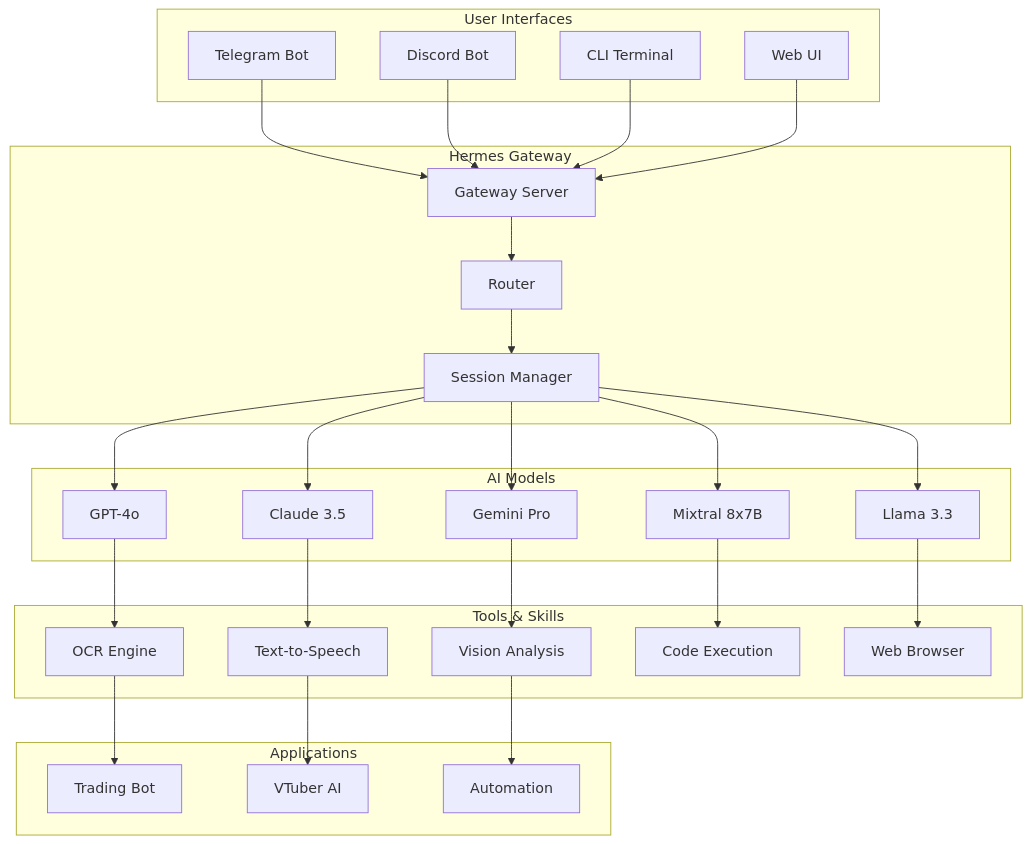
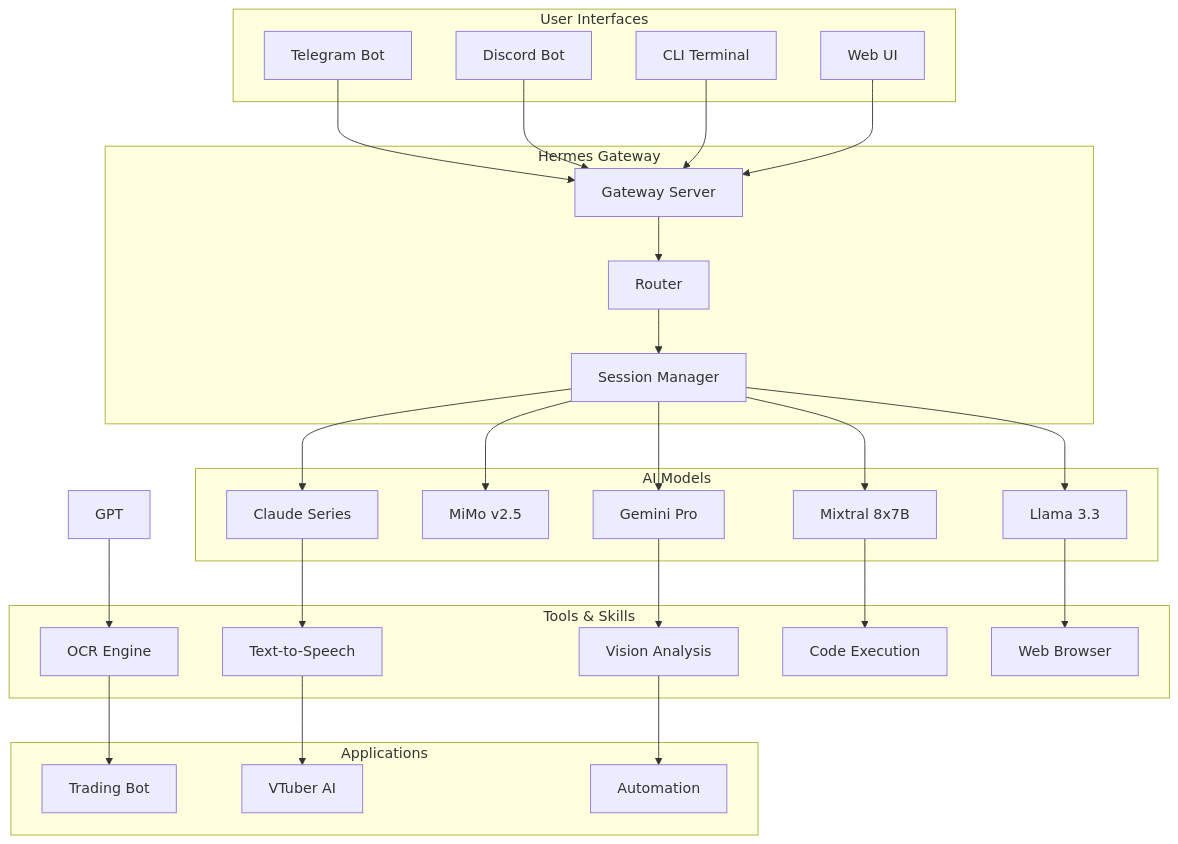
Before and after one commit to yaelahqi/ai-agent-portfolio: the diagram in README.md, drawn with Mermaid. The commit also changed other lines of this file, not shown here.

````diff
--- a/README.md
+++ b/README.md
@@ -24,61 +24,61 @@
 ```mermaid
 graph TB
     subgraph "User Interfaces"
         TG[Telegram Bot]
         DC[Discord Bot]
         CLI[CLI Terminal]
         WEB[Web UI]
     end
     
     subgraph "Hermes Gateway"
         GW[Gateway Server]
         RT[Router]
         SM[Session Manager]
     end
     
     subgraph "AI Models"
-        GPT[GPT-4o]
-        CLAUDE[Claude 3.5]
+        CLAUDE[Claude Series]
+        MIMO[MiMo v2.5]
         GEMINI[Gemini Pro]
         MIXTRAL[Mixtral 8x7B]
         LLAMA[Llama 3.3]
     end
     
     subgraph "Tools & Skills"
         OCR[OCR Engine]
         TTS[Text-to-Speech]
         VISION[Vision Analysis]
         CODE[Code Execution]
         BROWSER[Web Browser]
     end
     
     subgraph "Applications"
         TRADE[Trading Bot]
         VTUBER[VTuber AI]
         AUTO[Automation]
     end
     
     TG --> GW
     DC --> GW
     CLI --> GW
     WEB --> GW
     
     GW --> RT
     RT --> SM
     
-    SM --> GPT
     SM --> CLAUDE
+    SM --> MIMO
     SM --> GEMINI
     SM --> MIXTRAL
     SM --> LLAMA
     
     GPT --> OCR
     CLAUDE --> TTS
     GEMINI --> VISION
     MIXTRAL --> CODE
     LLAMA --> BROWSER
     
     OCR --> TRADE
     TTS --> VTUBER
     VISION --> AUTO
 ```
````
